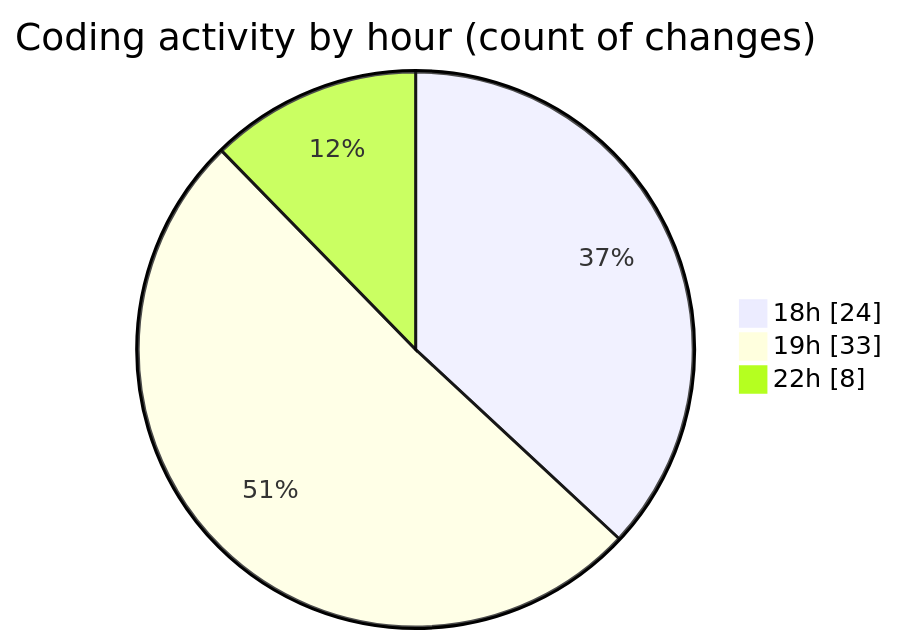
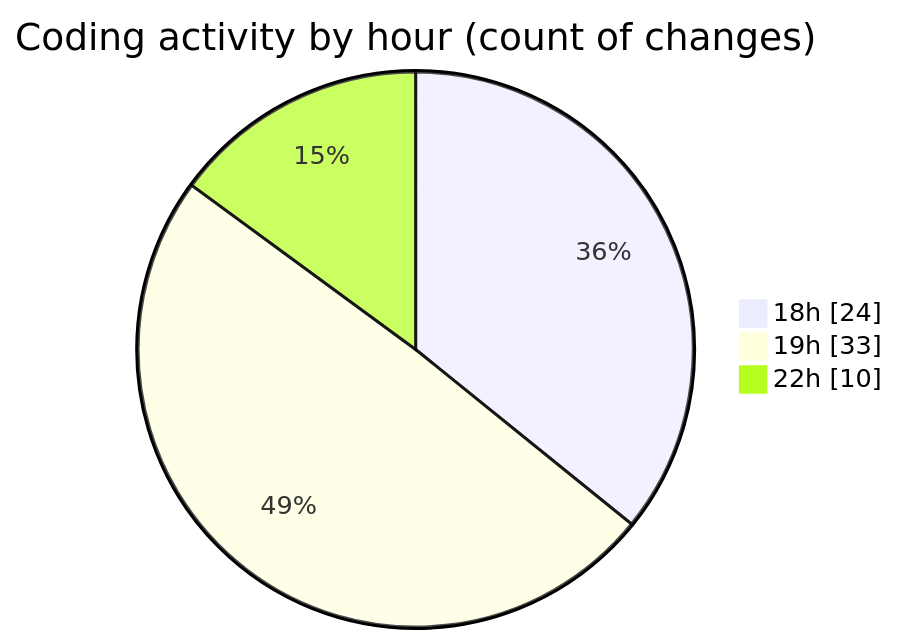
The second of 2 diagrams in 2025-04-21/echo/README.md (Netris89/code-tracking), drawn with Mermaid before and after one commit. The commit also changed other lines of this file and 1 other file, not shown here.

````diff
--- a/2025-04-21/echo/README.md
+++ b/2025-04-21/echo/README.md
@@ -36,7 +36,7 @@
 ```mermaid
 pie showData
 title Coding activity by hour (count of changes)
 "18h" : 24
 "19h" : 33
-"22h" : 8
+"22h" : 10
 ```
````
